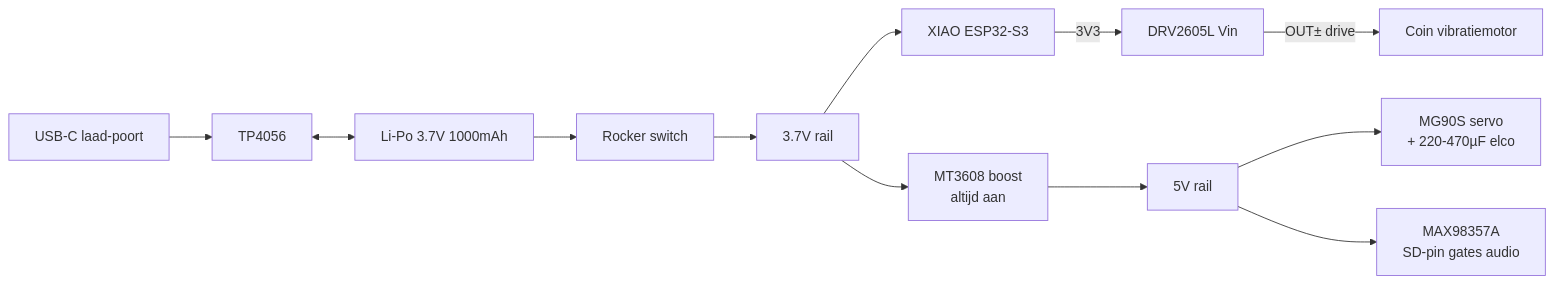
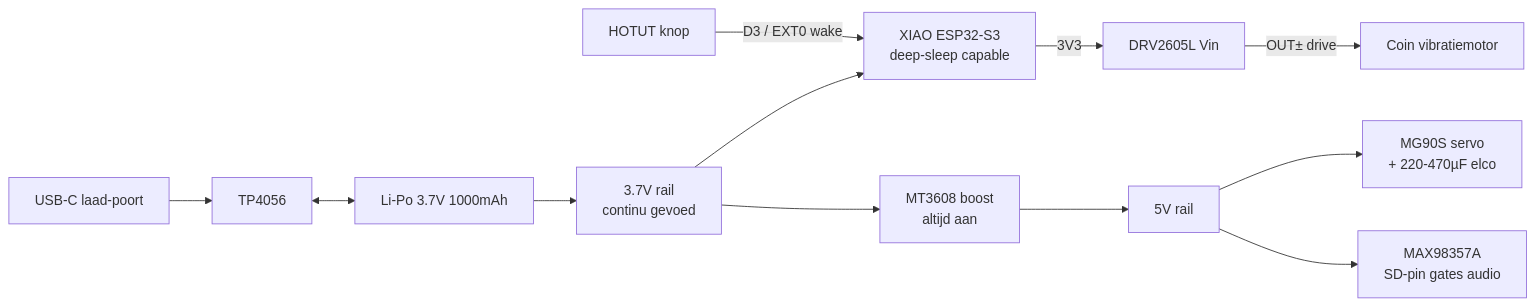
The second of 3 diagrams in docs/wiring.md (spiryns/UCD), drawn with Mermaid before and after one commit. The commit also changed other lines of this file and 5 other files, not shown here.

Commit message:
fix(handvat): rocker-switch geschrapt (cap-geometrie); HOTUT krijgt dubbele rol via firmware (short = functie, long ge 3s = deep-sleep, druk uit sleep = EXT0 wake op RTC-GPIO 4); ~10 mA quiescent in uit-stand, ~4 dagen autonomie

````diff
--- a/docs/wiring.md
+++ b/docs/wiring.md
@@ -91,14 +90,14 @@
 ```mermaid
 flowchart LR
     USBC1[USB-C laad-poort] --> TP1[TP4056]
     TP1 <--> BAT1[Li-Po 3.7V 1000mAh]
-    BAT1 --> SW1[Rocker switch]
-    SW1 --> RAIL37[3.7V rail]
-    RAIL37 --> XIAOPWR[XIAO ESP32-S3]
+    BAT1 --> RAIL37[3.7V rail<br/>continu gevoed]
+    RAIL37 --> XIAOPWR[XIAO ESP32-S3<br/>deep-sleep capable]
     RAIL37 --> BOOST[MT3608 boost<br/>altijd aan]
     BOOST --> RAIL5[5V rail]
     RAIL5 --> SERVO[MG90S servo<br/>+ 220-470µF elco]
     RAIL5 --> AMP[MAX98357A<br/>SD-pin gates audio]
     XIAOPWR -->|3V3| DRV[DRV2605L Vin]
     DRV -->|OUT± drive| COIN[Coin vibratiemotor]
+    HOTUT[HOTUT knop] -->|D3 / EXT0 wake| XIAOPWR
 ```
````
